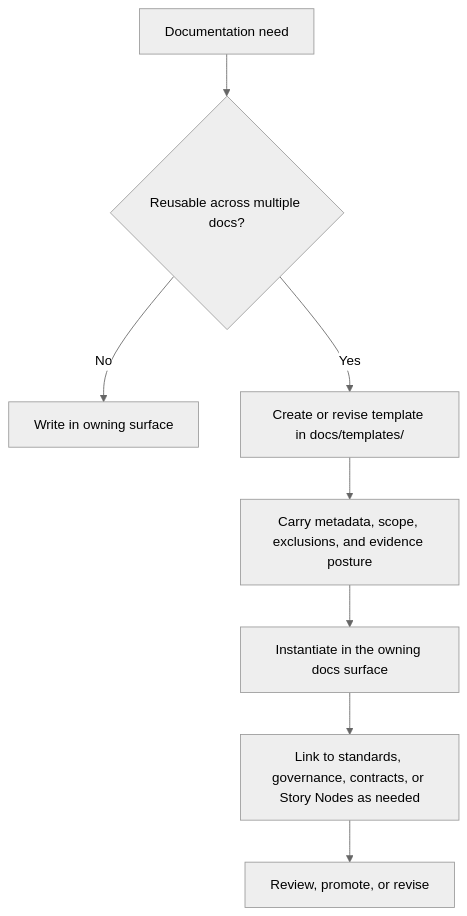
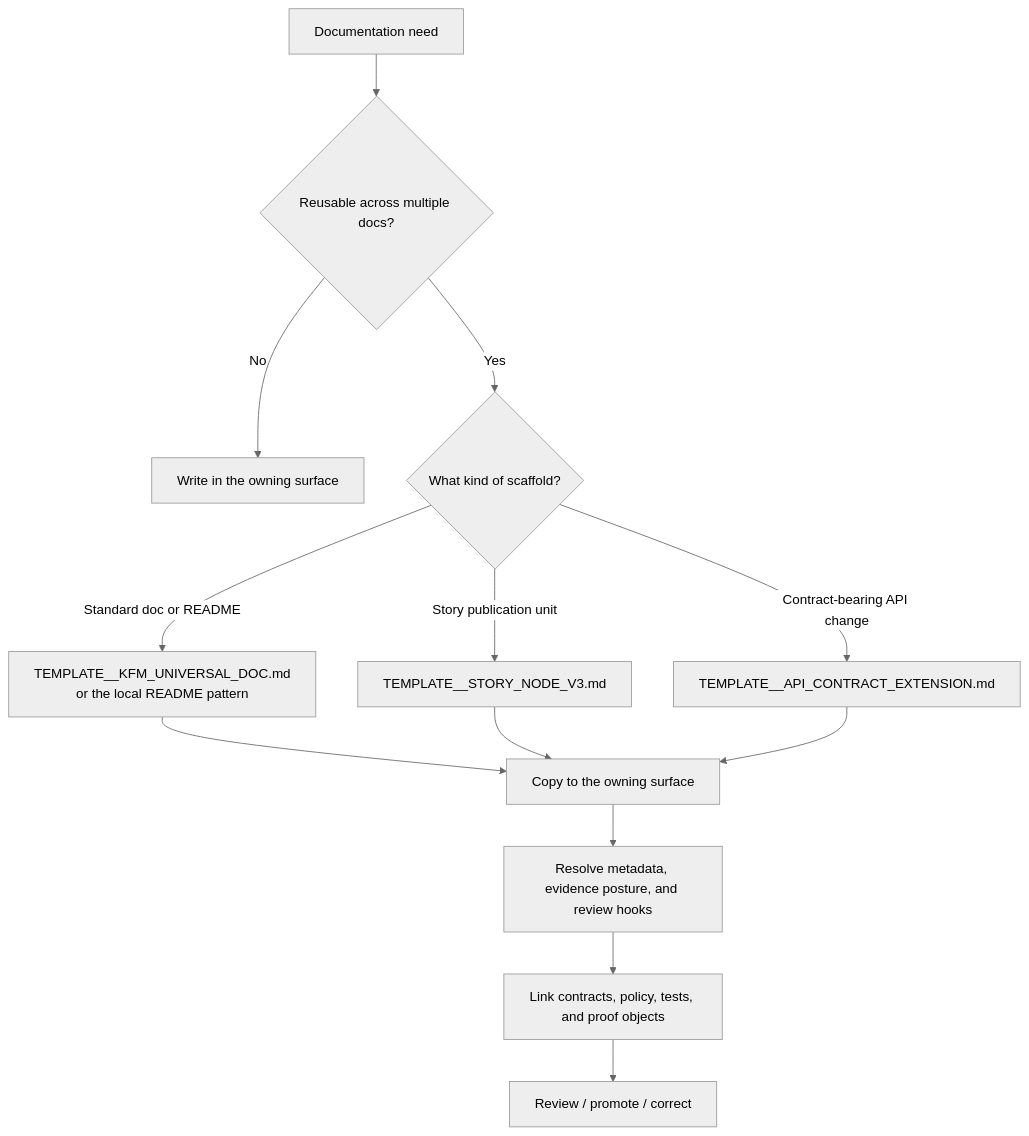
The diagram in docs/templates/README.md (bartytime4life/Kansas-Frontier-Matrix), drawn with Mermaid (neutral theme) before and after one commit. The commit also changed other lines of this file, not shown here.

First line of the commit message:
Revise README.md for templates directory

````diff
--- a/docs/templates/README.md
+++ b/docs/templates/README.md
@@ -200,10 +249,15 @@
 ```mermaid
 flowchart TD
     A[Documentation need] --> B{Reusable across multiple docs?}
-    B -- No --> C[Write in owning surface]
-    B -- Yes --> D[Create or revise template in docs/templates/]
-    D --> E[Carry metadata, scope, exclusions, and evidence posture]
-    E --> F[Instantiate in the owning docs surface]
-    F --> G[Link to standards, governance, contracts, or Story Nodes as needed]
-    G --> H[Review, promote, or revise]
+    B -- No --> C[Write in the owning surface]
+    B -- Yes --> D{What kind of scaffold?}
+    D -- Standard doc or README --> E[TEMPLATE__KFM_UNIVERSAL_DOC.md<br/>or the local README pattern]
+    D -- Story publication unit --> F[TEMPLATE__STORY_NODE_V3.md]
+    D -- Contract-bearing API change --> G[TEMPLATE__API_CONTRACT_EXTENSION.md]
+    E --> H[Copy to the owning surface]
+    F --> H
+    G --> H
+    H --> I[Resolve metadata, evidence posture, and review hooks]
+    I --> J[Link contracts, policy, tests, and proof objects]
+    J --> K[Review / promote / correct]
 ```
````
